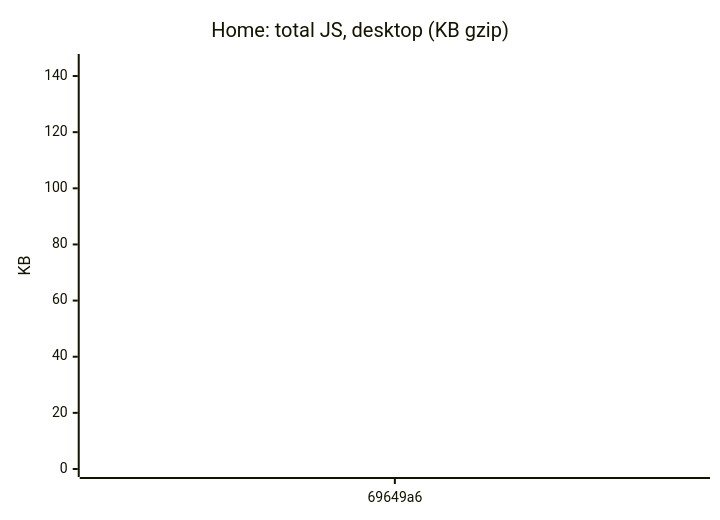
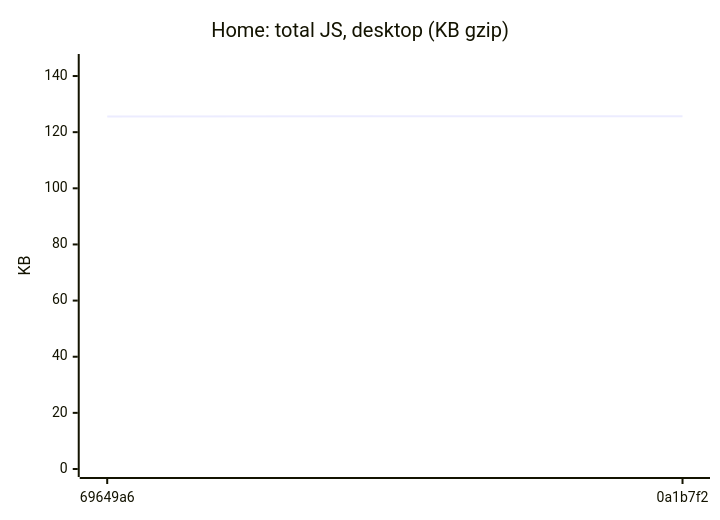
One commit to AxelUser/maltsev.space changed the first of 18 diagrams in README.md. Above: the diagram before and after it, drawn with Mermaid. The commit also changed other lines of this file and 1 other file, not shown here.

````diff
--- a/README.md
+++ b/README.md
@@ -35,7 +35,7 @@
 ```mermaid
 xychart-beta
   title "Home: total JS, desktop (KB gzip)"
-  x-axis ["69649a6"]
+  x-axis ["69649a6", "0a1b7f2"]
   y-axis "KB" 0 --> 145
-  line [125.6]
+  line [125.6, 125.7]
 ```
````
